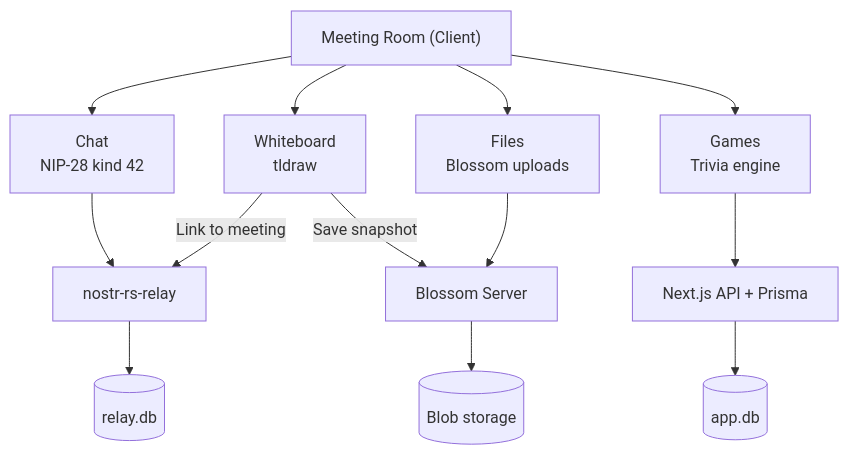
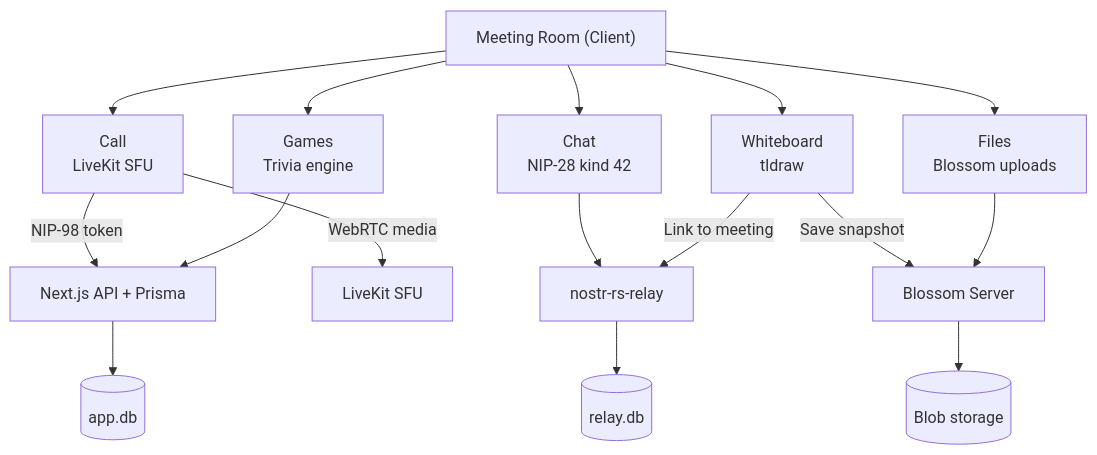
Before and after one commit to beasteward/biblehodl: the diagram in docs/07-meetings.md, drawn with Mermaid. The commit also changed other lines of this file, not shown here.

Commit message:
docs(meetings): cross-reference LiveKit voice/video calls in main Meetings doc

````diff
--- a/docs/07-meetings.md
+++ b/docs/07-meetings.md
@@ -17,19 +24,22 @@
 ```mermaid
 graph TB
     MeetingRoom["Meeting Room (Client)"]
 
+    MeetingRoom --> Call["Call<br/>LiveKit SFU"]
     MeetingRoom --> Chat["Chat<br/>NIP-28 kind 42"]
     MeetingRoom --> Whiteboard["Whiteboard<br/>tldraw"]
     MeetingRoom --> Files["Files<br/>Blossom uploads"]
     MeetingRoom --> Games["Games<br/>Trivia engine"]
 
+    Call -->|"NIP-98 token"| API
+    Call -->|"WebRTC media"| LiveKit["LiveKit SFU"]
     Chat --> Relay["nostr-rs-relay"]
     Whiteboard -->|"Save snapshot"| Blossom["Blossom Server"]
     Whiteboard -->|"Link to meeting"| Relay
     Files --> Blossom
     Games --> API["Next.js API + Prisma"]
 
     Relay --> RelayDB[("relay.db")]
     API --> AppDB[("app.db")]
     Blossom --> BlobStore[("Blob storage")]
 ```
````
